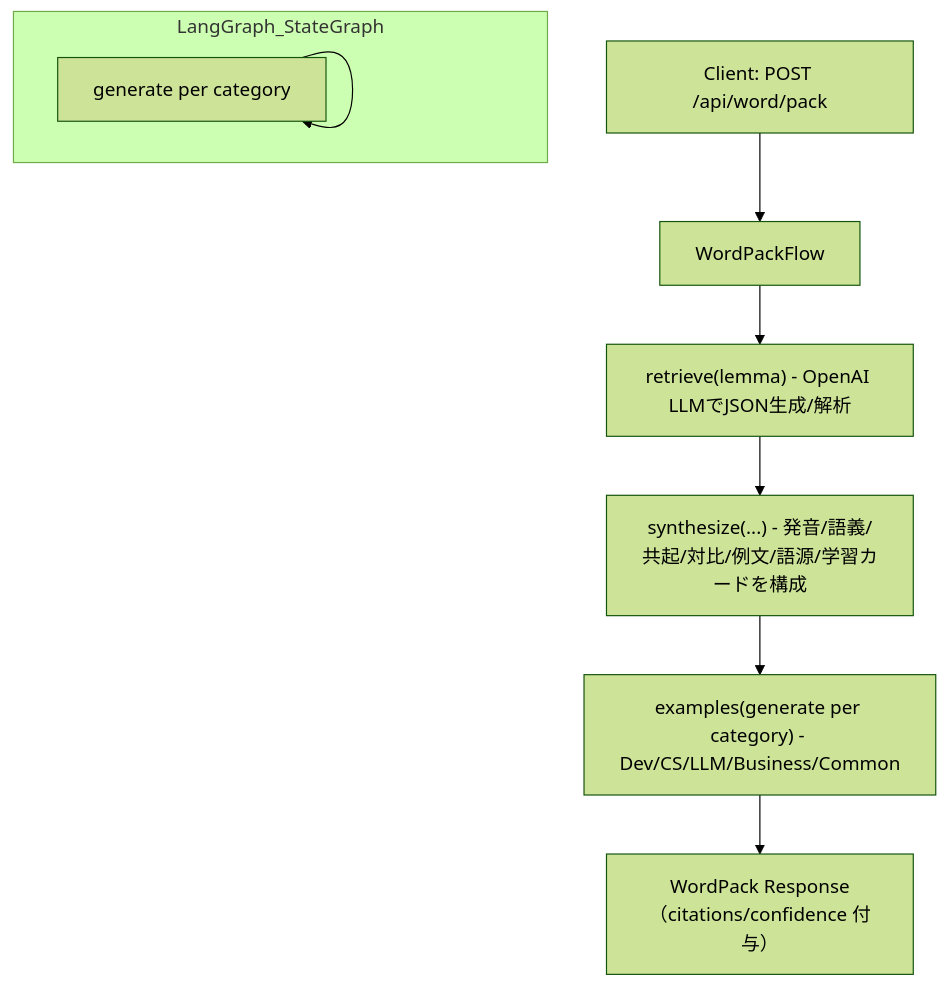
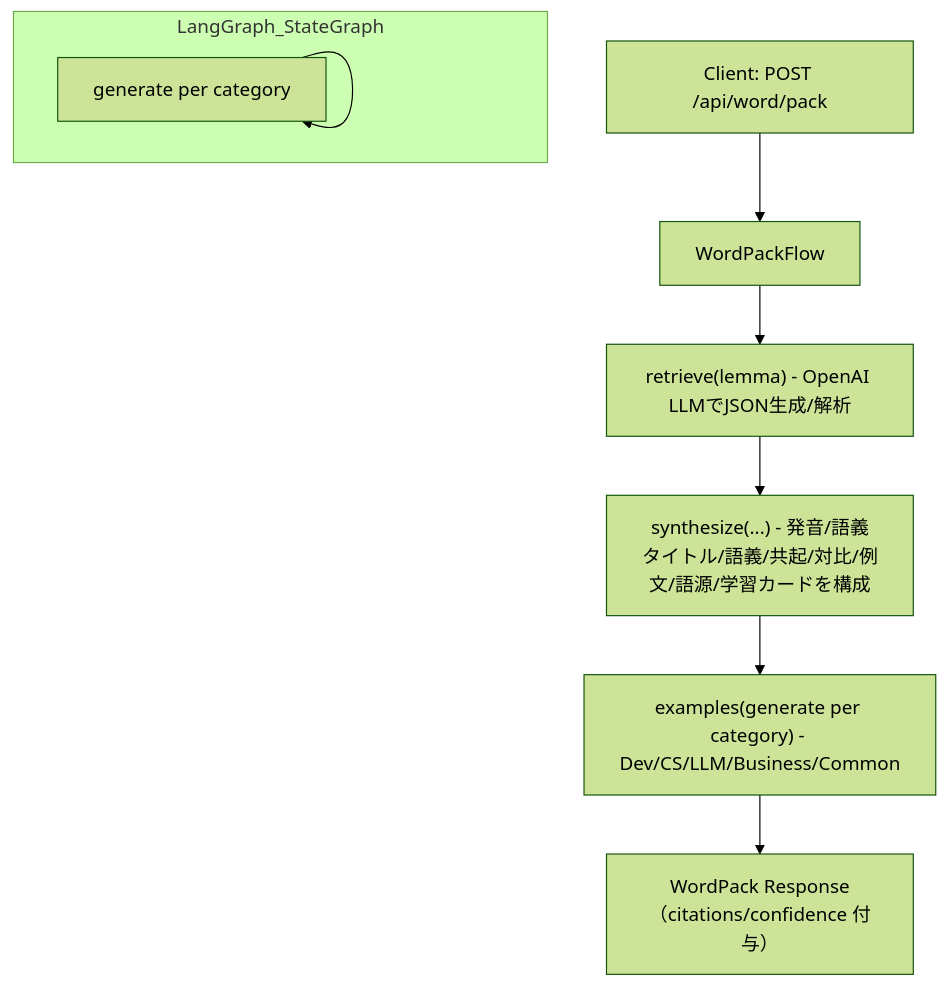
One commit to RiSEblackbird/wordpack-for-english changed the first of 2 diagrams in docs/flows.md. Above: the diagram before and after it, drawn with Mermaid (forest theme). The commit also changed 15 other files, not shown here.

````diff
--- a/docs/flows.md
+++ b/docs/flows.md
@@ -4,13 +4,13 @@
 ```mermaid
 graph TD
     A[Client: POST /api/word/pack] --> B[WordPackFlow];
     B --> C["retrieve(lemma) - OpenAI LLMでJSON生成/解析"];
-    C --> D["synthesize(...) - 発音/語義/共起/対比/例文/語源/学習カードを構成"];
+    C --> D["synthesize(...) - 発音/語義タイトル/語義/共起/対比/例文/語源/学習カードを構成"];
     D --> E["examples(generate per category) - Dev/CS/LLM/Business/Common"];
     E --> F["WordPack Response（citations/confidence 付与）"];
 
     subgraph LangGraph_StateGraph
         G[generate per category]
         G --> G
     end
 ```
````
